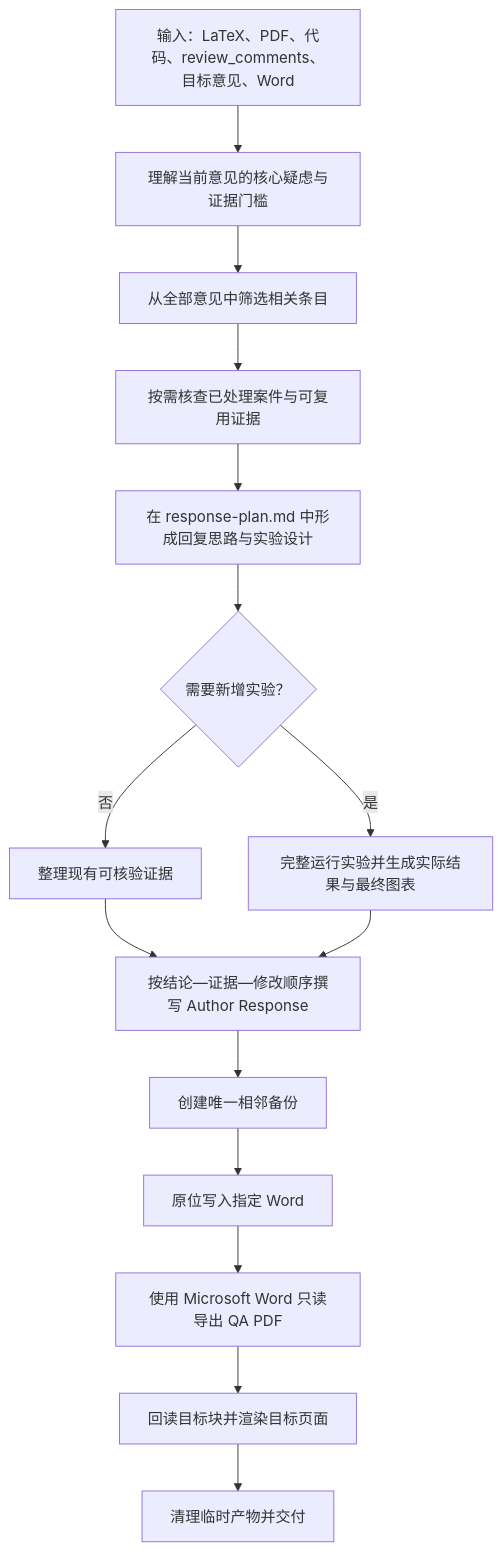
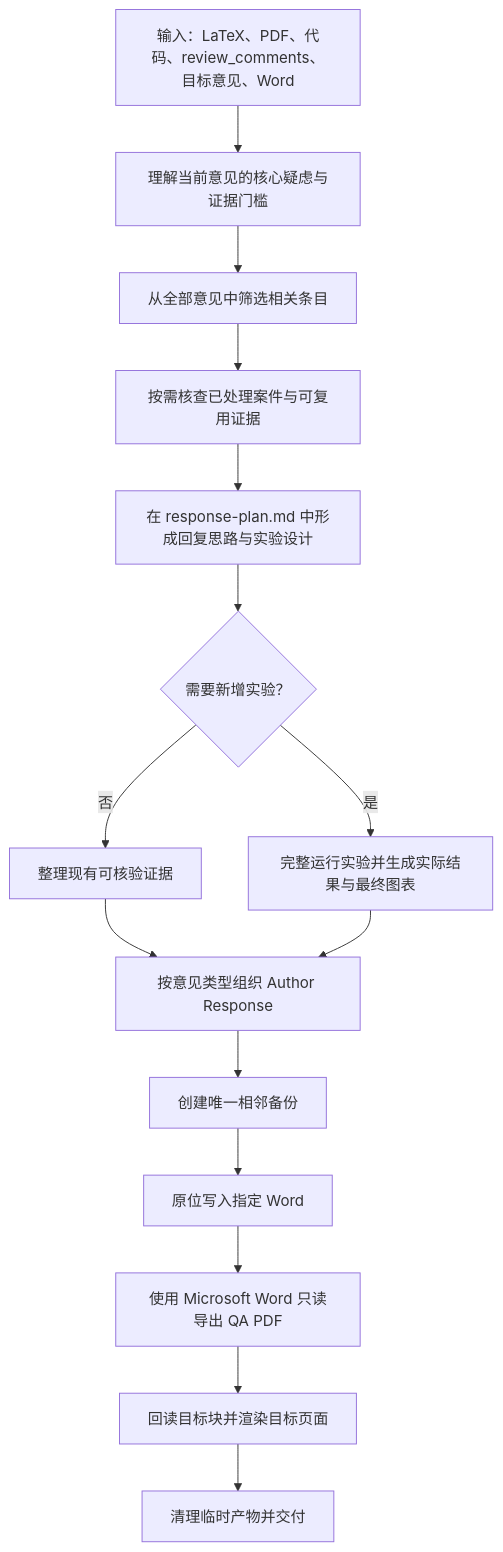
Before and after one commit to whiteMo0623/ieee-transactions-review-response-engineer: the diagram in README.md, drawn with Mermaid. The commit also changed other lines of this file and 2 other files, not shown here.

Commit message:
Refine author response workflow

````diff
--- a/README.md
+++ b/README.md
@@ -43,17 +43,17 @@
 ```mermaid
 flowchart TD
     A["输入：LaTeX、PDF、代码、review_comments、目标意见、Word"] --> B["理解当前意见的核心疑虑与证据门槛"]
     B --> C["从全部意见中筛选相关条目"]
     C --> D["按需核查已处理案件与可复用证据"]
     D --> E["在 response-plan.md 中形成回复思路与实验设计"]
     E --> F{"需要新增实验？"}
     F -- "否" --> G["整理现有可核验证据"]
     F -- "是" --> H["完整运行实验并生成实际结果与最终图表"]
-    G --> I["按结论—证据—修改顺序撰写 Author Response"]
+    G --> I["按意见类型组织 Author Response"]
     H --> I
     I --> J["创建唯一相邻备份"]
     J --> K["原位写入指定 Word"]
     K --> L["使用 Microsoft Word 只读导出 QA PDF"]
     L --> N["回读目标块并渲染目标页面"]
     N --> M["清理临时产物并交付"]
 ```
````
